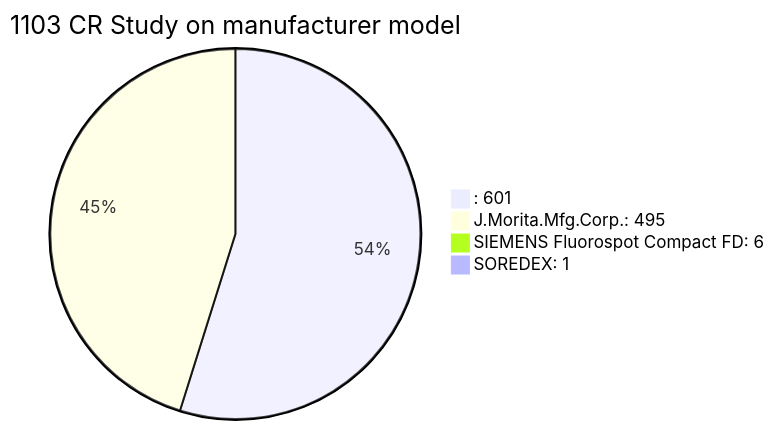
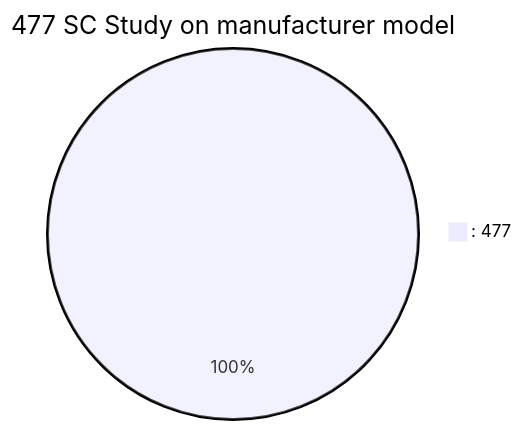
One commit to doidio/nonapx changed diagram 17 of 27 in a1_raw_dicom.md. Above: the diagram before and after it, drawn with Mermaid. The commit also changed other lines of this file and 1 other file, not shown here.

````diff
--- a/a1_raw_dicom.md
+++ b/a1_raw_dicom.md
@@ -159,7 +141,4 @@
 ```mermaid
-pie title 1103 CR Study on manufacturer model
-    ": 601" : 601
-    "J.Morita.Mfg.Corp.: 495" : 495
-    "SIEMENS Fluorospot Compact FD: 6" : 6
-    "SOREDEX: 1" : 1
+pie title 477 SC Study on manufacturer model
+    ": 477" : 477
 ```
````
